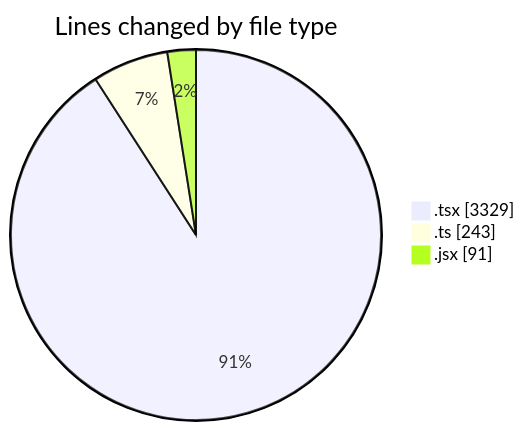
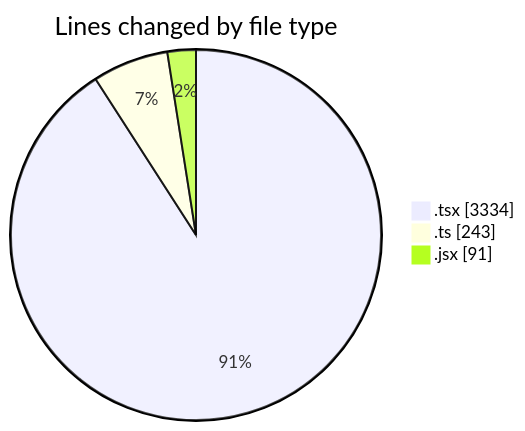
The first of 2 diagrams in 2026-04-27/cda/README.md (momahboobian/code-tracking), drawn with Mermaid before and after one commit. The commit also changed other lines of this file and 1 other file, not shown here.

````diff
--- a/2026-04-27/cda/README.md
+++ b/2026-04-27/cda/README.md
@@ -31,7 +31,7 @@
 ```mermaid
 pie showData
 title Lines changed by file type
-".tsx" : 3329
+".tsx" : 3334
 ".ts" : 243
 ".jsx" : 91
 ```
````
